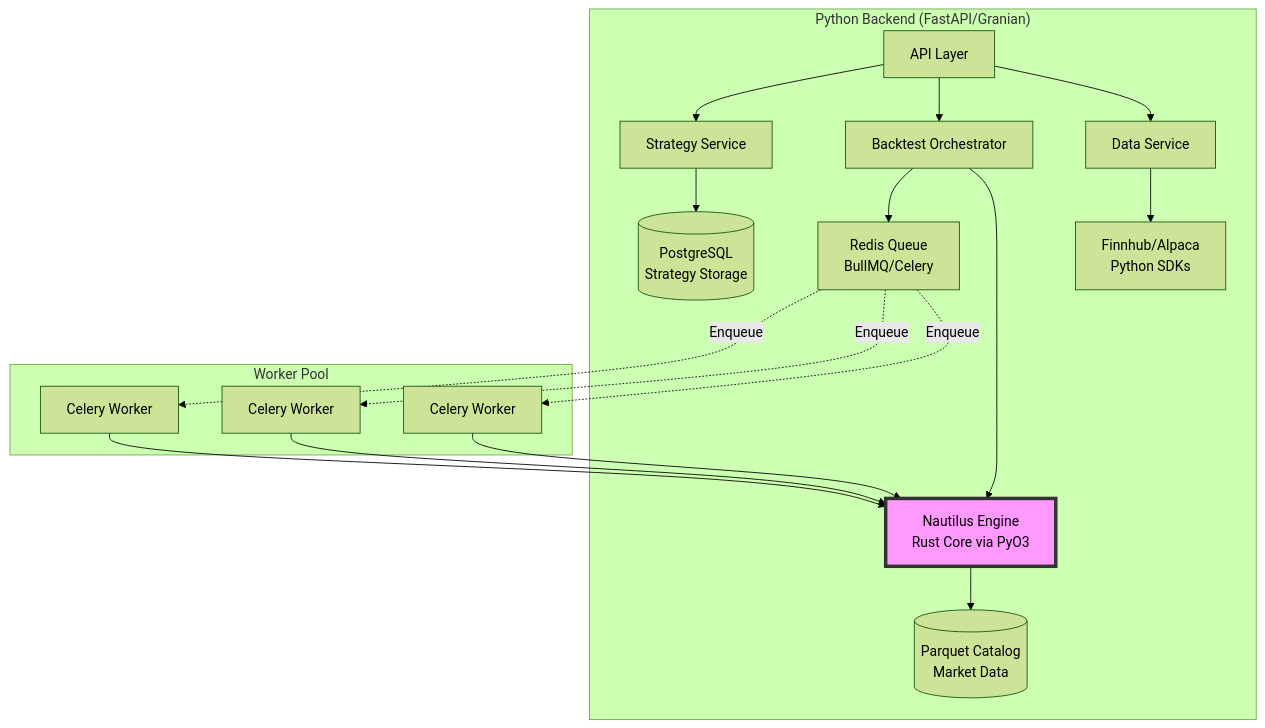
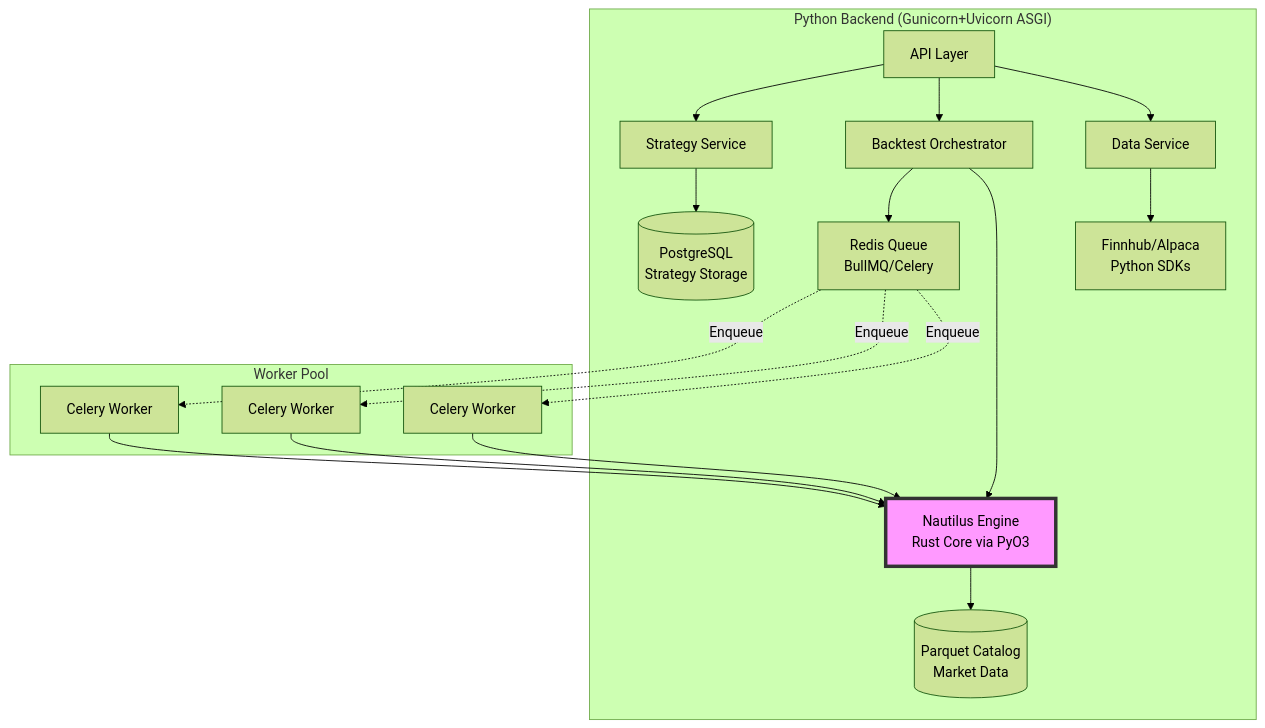
Before and after one commit to huydhoang/quantlens-docs: the first of 3 diagrams in python_rust_or_go.md, drawn with Mermaid (forest theme). The commit also changed other lines of this file and 9 other files, not shown here.

Commit message:
Update default server stack: Gunicorn+Uvicorn Raw ASGI replaces Granian as first choice

````diff
--- a/python_rust_or_go.md
+++ b/python_rust_or_go.md
@@ -23,27 +23,27 @@
 ```mermaid
 graph TB
-    subgraph "Python Backend (FastAPI/Granian)"
+    subgraph "Python Backend (Gunicorn+Uvicorn ASGI)"
         A[API Layer] --> B[Strategy Service]
         A --> C[Backtest Orchestrator]
         A --> D[Data Service]
 
         B --> E[(PostgreSQL<br/>Strategy Storage)]
         C --> F[Redis Queue<br/>BullMQ/Celery]
         C --> G[Nautilus Engine<br/>Rust Core via PyO3]
         D --> H[Finnhub/Alpaca<br/>Python SDKs]
 
         G --> I[(Parquet Catalog<br/>Market Data)]
     end
 
     subgraph "Worker Pool"
         J[Celery Worker] --> G
         K[Celery Worker] --> G
         L[Celery Worker] --> G
     end
 
     F -.->|Enqueue| J
     F -.->|Enqueue| K
     F -.->|Enqueue| L
 
     style G fill:#f9f,stroke:#333,stroke-width:4px
 ```
````
